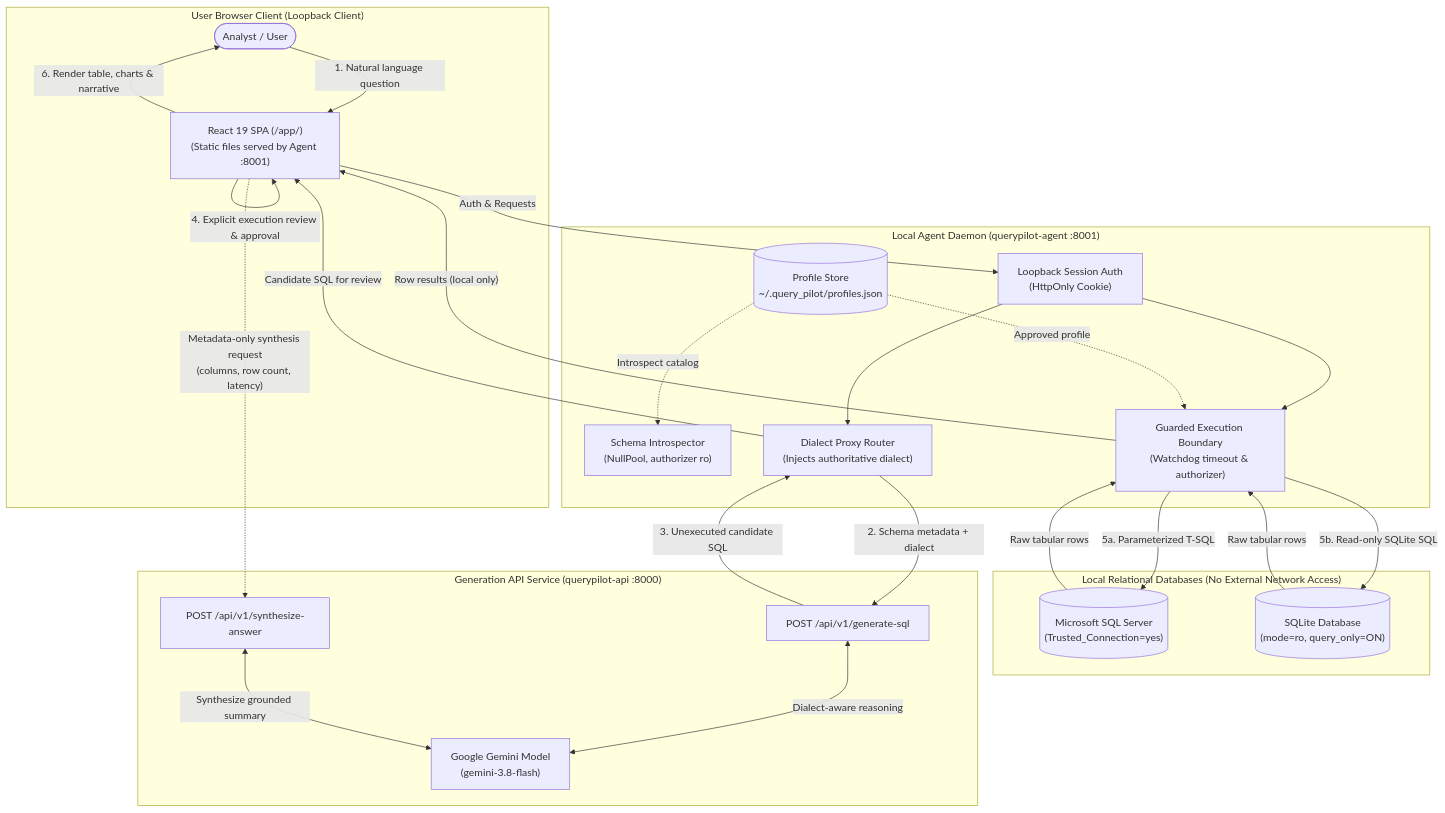
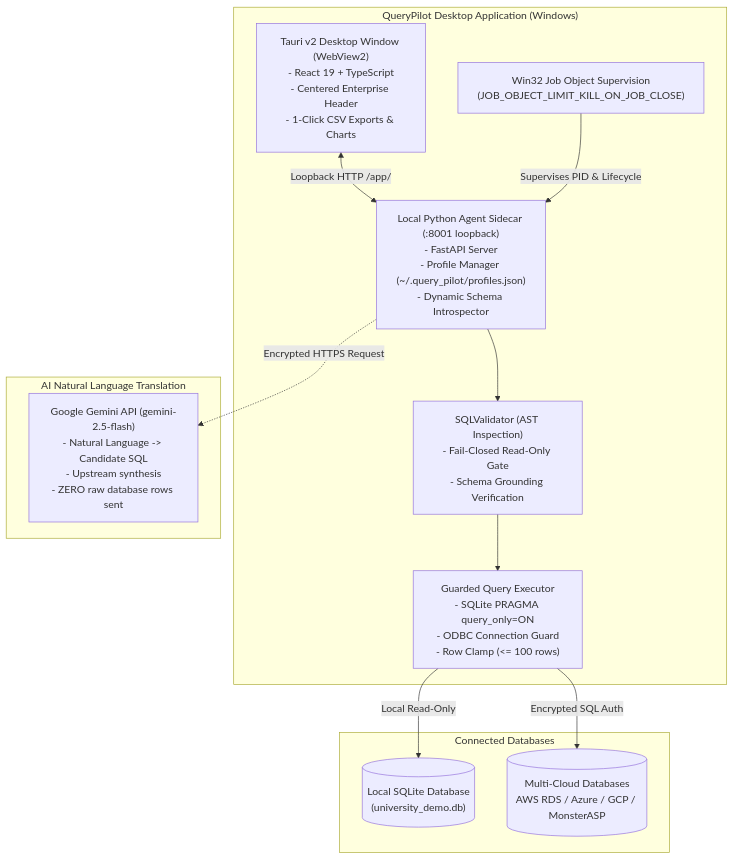
The diagram in README.md (Yash-Kakadiya/query-pilot), drawn with Mermaid before and after one commit. The commit also changed other lines of this file and 2 other files, not shown here.

Commit message:
docs: overhaul README and add v0.2.0 release documentation for desktop distribution

````diff
--- a/README.md
+++ b/README.md
@@ -84,48 +68,29 @@
 ```mermaid
 flowchart TD
-    subgraph Browser ["User Browser Client (Loopback Client)"]
-        User(["Analyst / User"])
-        UI["React 19 SPA (/app/)\n(Static files served by Agent :8001)"]
-        User -->|"1. Natural language question"| UI
-        UI -->|"4. Explicit execution review & approval"| UI
-        UI -->|"6. Render table, charts & narrative"| User
+    subgraph Desktop_App ["QueryPilot Desktop Application (Windows)"]
+        UI["Tauri v2 Desktop Window (WebView2)\n- React 19 + TypeScript\n- Centered Enterprise Header\n- 1-Click CSV Exports & Charts"]
+        
+        JobObj["Win32 Job Object Supervision\n(JOB_OBJECT_LIMIT_KILL_ON_JOB_CLOSE)"]
+        
+        Sidecar["Local Python Agent Sidecar (:8001 loopback)\n- FastAPI Server\n- Profile Manager (~/.query_pilot/profiles.json)\n- Dynamic Schema Introspector"]
+        
+        Validator["SQLValidator (AST Inspection)\n- Fail-Closed Read-Only Gate\n- Schema Grounding Verification"]
+        
+        Executor["Guarded Query Executor\n- SQLite PRAGMA query_only=ON\n- ODBC Connection Guard\n- Row Clamp (<= 100 rows)"]
+        
+        UI <-->|"Loopback HTTP /app/"| Sidecar
+        JobObj -->|"Supervises PID & Lifecycle"| Sidecar
+        Sidecar --> Validator
+        Validator --> Executor
+    end
+    
+    subgraph Upstream_AI ["AI Natural Language Translation"]
+        Gemini["Google Gemini API (gemini-2.5-flash)\n- Natural Language -> Candidate SQL\n- Upstream synthesis\n- ZERO raw database rows sent"]
+        Sidecar -.->|"Encrypted HTTPS Request"| Gemini
     end
 
-    subgraph AgentDaemon ["Local Agent Daemon (querypilot-agent :8001)"]
-        AuthGate["Loopback Session Auth\n(HttpOnly Cookie)"]
-        ProfileStore[("Profile Store\n~/.query_pilot/profiles.json")]
-        Introspector["Schema Introspector\n(NullPool, authorizer ro)"]
-        ExecBoundary["Guarded Execution Boundary\n(Watchdog timeout & authorizer)"]
-        ProxyRouter["Dialect Proxy Router\n(Injects authoritative dialect)"]
-
-        UI -->|"Auth & Requests"| AuthGate
-        AuthGate --> ProxyRouter
-        AuthGate --> ExecBoundary
-        ProfileStore -.->|"Approved profile"| ExecBoundary
-        ProfileStore -.->|"Introspect catalog"| Introspector
-    end
-
-    subgraph LocalDB ["Local Relational Databases (No External Network Access)"]
-        MSSQL[("Microsoft SQL Server\n(Trusted_Connection=yes)")]
-        SQLiteDB[("SQLite Database\n(mode=ro, query_only=ON)")]
-        ExecBoundary -->|"5a. Parameterized T-SQL"| MSSQL
-        ExecBoundary -->|"5b. Read-only SQLite SQL"| SQLiteDB
-        MSSQL -->|"Raw tabular rows"| ExecBoundary
-        SQLiteDB -->|"Raw tabular rows"| ExecBoundary
-        ExecBoundary -->|"Row results (local only)"| UI
-    end
-
-    subgraph HostedAPI ["Generation API Service (querypilot-api :8000)"]
-        APIRoute["POST /api/v1/generate-sql"]
-        SynthRoute["POST /api/v1/synthesize-answer"]
-        Gemini["Google Gemini Model\n(gemini-3.8-flash)"]
-
-        ProxyRouter -->|"2. Schema metadata + dialect"| APIRoute
-        APIRoute <-->|"Dialect-aware reasoning"| Gemini
-        APIRoute -->|"3. Unexecuted candidate SQL"| ProxyRouter
-        ProxyRouter -->|"Candidate SQL for review"| UI
-
-        UI -.->|"Metadata-only synthesis request\n(columns, row count, latency)"| SynthRoute
-        SynthRoute <-->|"Synthesize grounded summary"| Gemini
+    subgraph Target_Databases ["Connected Databases"]
+        Executor -->|"Local Read-Only"| SQLite[("Local SQLite Database\n(university_demo.db)")]
+        Executor -->|"Encrypted SQL Auth"| CloudDB[("Multi-Cloud Databases\nAWS RDS / Azure / GCP / MonsterASP")]
     end
 ```
````
